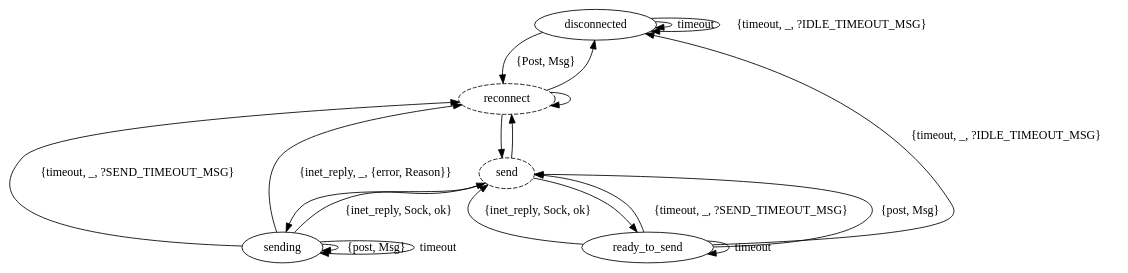
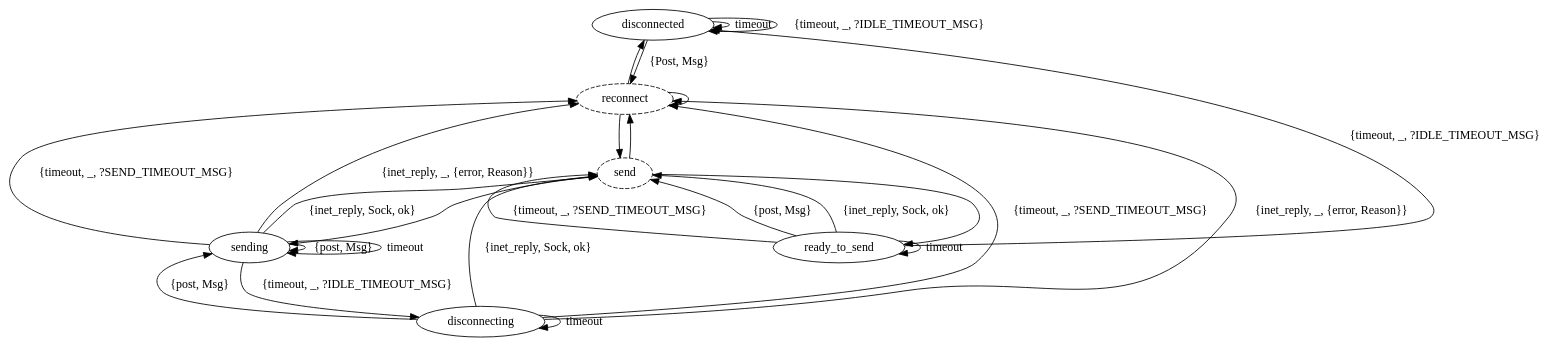
Before and after one commit to heroku/logplex: the diagram in doc/tcp_states.dot, drawn with Graphviz. The commit also changed 1 other file, not shown here.

Commit message:
Add disconnecting state for when we hit the idle timeout in the sending state.
The disconnecting state is similar to sending, but unless a post is
received it will end up in the disconnected state. I've collapsed the
two inet_reply clauses into a single one that only logs when there's
an error.

```diff
--- a/doc/tcp_states.dot
+++ b/doc/tcp_states.dot
@@ -1,36 +1,36 @@
 digraph logplex_tcpsyslog_drain {
     esep = 50;
 
     disconnected -> disconnected [label = "timeout"];
     disconnected -> disconnected [label = "{timeout, _, ?IDLE_TIMEOUT_MSG}"];
     disconnected -> reconnect [label = "{Post, Msg}"];
 
     reconnect [style = "dashed"];
     reconnect -> reconnect;
     reconnect -> disconnected;
     reconnect -> send;
 
     send [style = "dashed"];
     send -> ready_to_send;
     send -> sending;
     send -> reconnect;
 
     sending -> reconnect [label = "{timeout, _, ?SEND_TIMEOUT_MSG}"];
     sending -> reconnect [label = "{inet_reply, _, {error, Reason}}"];
     sending -> sending [label = "{post, Msg}"];
     sending -> sending [label = "timeout"];
     sending -> send [label = "{inet_reply, Sock, ok}"];
-    // sending -> disconnecting [label = "{timeout, _, ?IDLE_TIMEOUT_MSG}"]
+    sending -> disconnecting [label = "{timeout, _, ?IDLE_TIMEOUT_MSG}"]
     
-    // disconnecting -> reconnect [label = "{timeout, _, ?SEND_TIMEOUT_MSG}"];
-    // disconnecting -> reconnect [label = "{inet_reply, _, {error, Reason}}"];
-    // disconnecting -> sending [label = "{post, Msg}"];
-    // disconnecting -> disconnecting [label = "timeout"];
-    // disconnecting -> send [label = "{inet_reply, Sock, ok}"];
+    disconnecting -> reconnect [label = "{timeout, _, ?SEND_TIMEOUT_MSG}"];
+    disconnecting -> reconnect [label = "{inet_reply, _, {error, Reason}}"];
+    disconnecting -> sending [label = "{post, Msg}"];
+    disconnecting -> disconnecting [label = "timeout"];
+    disconnecting -> send [label = "{inet_reply, Sock, ok}"];
     
     ready_to_send -> disconnected [label = "{timeout, _, ?IDLE_TIMEOUT_MSG}"];
     ready_to_send -> ready_to_send [label = "timeout"];
     ready_to_send -> send [label = "{timeout, _, ?SEND_TIMEOUT_MSG}"];
     ready_to_send -> send [label = "{post, Msg}"];
     ready_to_send -> send [label = "{inet_reply, Sock, ok}"];
 }
```
